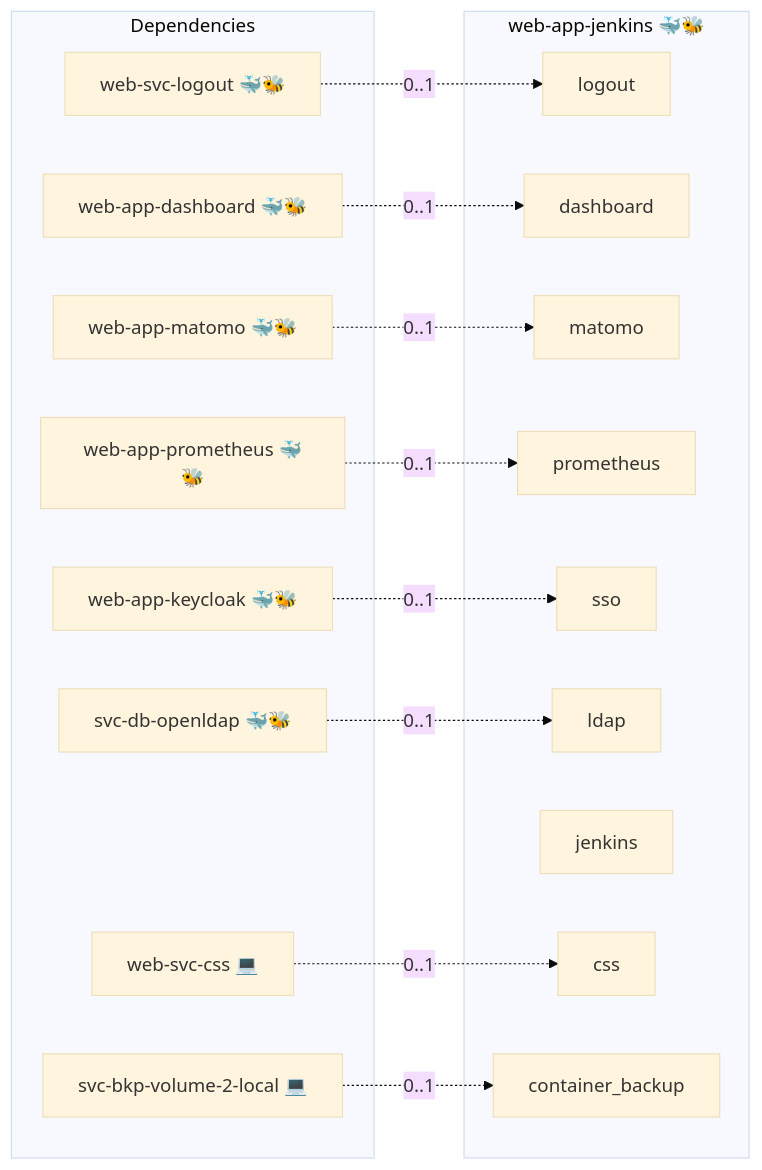
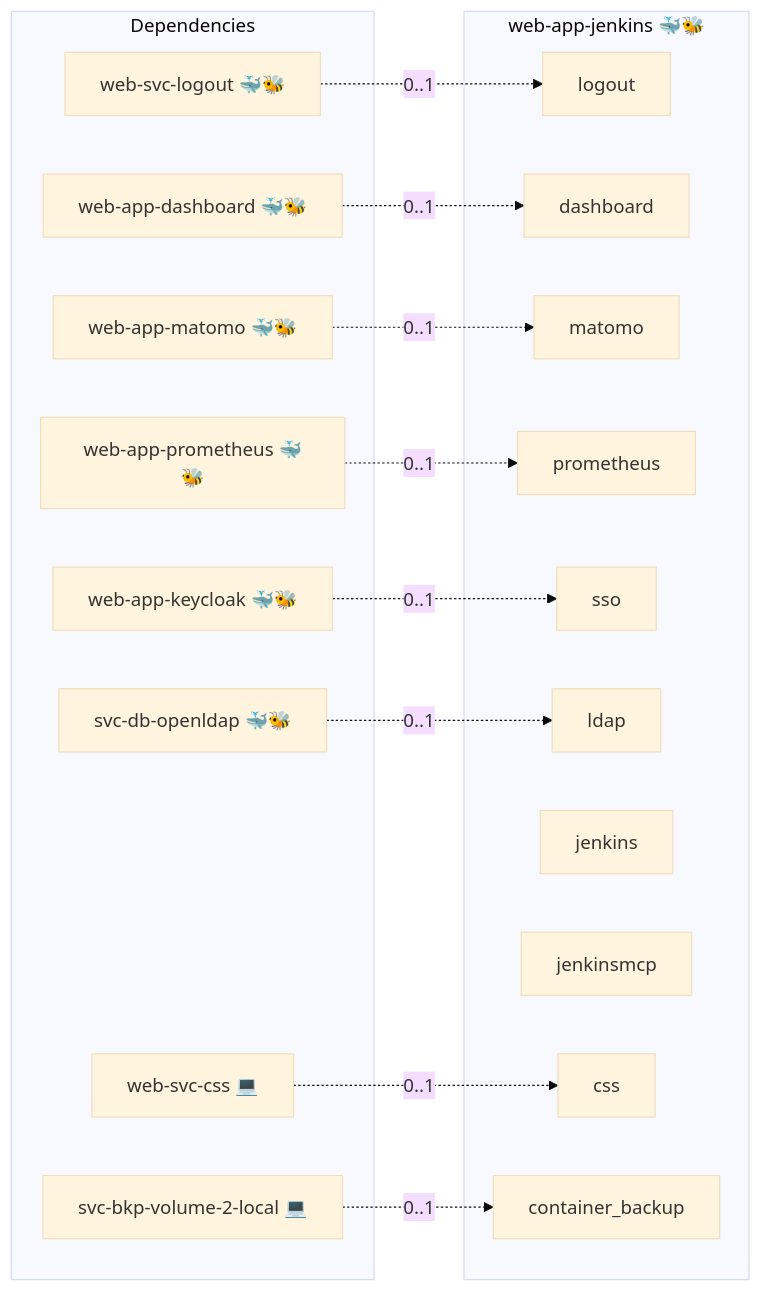
The diagram in roles/web-app-jenkins/README.md (infinito-nexus/core), drawn with Mermaid (base theme) before and after one commit. The commit also changed 8 other files, not shown here.

````diff
--- a/roles/web-app-jenkins/README.md
+++ b/roles/web-app-jenkins/README.md
@@ -15,32 +15,33 @@
 ```mermaid
 flowchart LR
     subgraph deps [Dependencies]
         dep_svc_bkp_volume_2_local["svc-bkp-volume-2-local 💻"]
         dep_svc_db_openldap["svc-db-openldap 🐳🐝"]
         dep_web_app_dashboard["web-app-dashboard 🐳🐝"]
         dep_web_app_keycloak["web-app-keycloak 🐳🐝"]
         dep_web_app_matomo["web-app-matomo 🐳🐝"]
         dep_web_app_prometheus["web-app-prometheus 🐳🐝"]
         dep_web_svc_css["web-svc-css 💻"]
         dep_web_svc_logout["web-svc-logout 🐳🐝"]
     end
     subgraph role [web-app-jenkins 🐳🐝]
         svc_logout["logout"]
         svc_dashboard["dashboard"]
         svc_matomo["matomo"]
         svc_prometheus["prometheus"]
         svc_sso["sso"]
         svc_ldap["ldap"]
         svc_jenkins["jenkins"]
+        svc_jenkinsmcp["jenkinsmcp"]
         svc_css["css"]
         svc_container_backup["container_backup"]
     end
     dep_svc_bkp_volume_2_local -. "0..1" .-> svc_container_backup
     dep_svc_db_openldap -. "0..1" .-> svc_ldap
     dep_web_app_dashboard -. "0..1" .-> svc_dashboard
     dep_web_app_keycloak -. "0..1" .-> svc_sso
     dep_web_app_matomo -. "0..1" .-> svc_matomo
     dep_web_app_prometheus -. "0..1" .-> svc_prometheus
     dep_web_svc_css -. "0..1" .-> svc_css
     dep_web_svc_logout -. "0..1" .-> svc_logout
 ```
````
